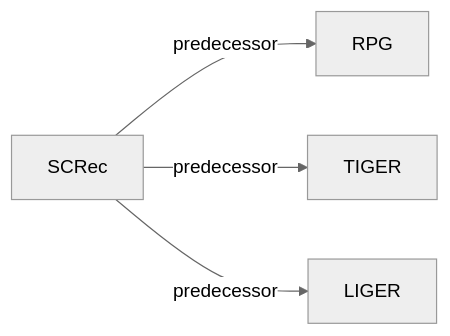
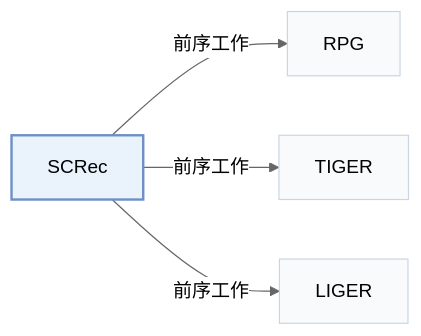
The second of 2 diagrams in pages/zh/papers/screc.md (Galaxy-ghost/Awesome-SID-Generative-Rec), drawn with Mermaid (neutral theme) before and after one commit. The commit also changed other lines of this file and 649 other files, not shown here.

Commit message:
writer-05: also tags and modality index (schema, check, build, visuals); summary field removed; calibration data for 12 papers

````diff
--- a/pages/zh/papers/screc.md
+++ b/pages/zh/papers/screc.md
@@ -68,7 +74,11 @@
 ```mermaid
 flowchart LR
     P["SCRec"]
-    P -->|predecessor| A["RPG"]
-    P -->|predecessor| B["TIGER"]
-    P -->|predecessor| C["LIGER"]
+    P -->|"前序工作"| A["RPG"]
+    P -->|"前序工作"| B["TIGER"]
+    P -->|"前序工作"| C["LIGER"]
+    classDef main fill:#eaf2fb,stroke:#6b8fc7,stroke-width:2px
+    classDef peer fill:#f8fafc,stroke:#cbd5e1
+    class P main
+    class A,B,C peer
 ```
````
